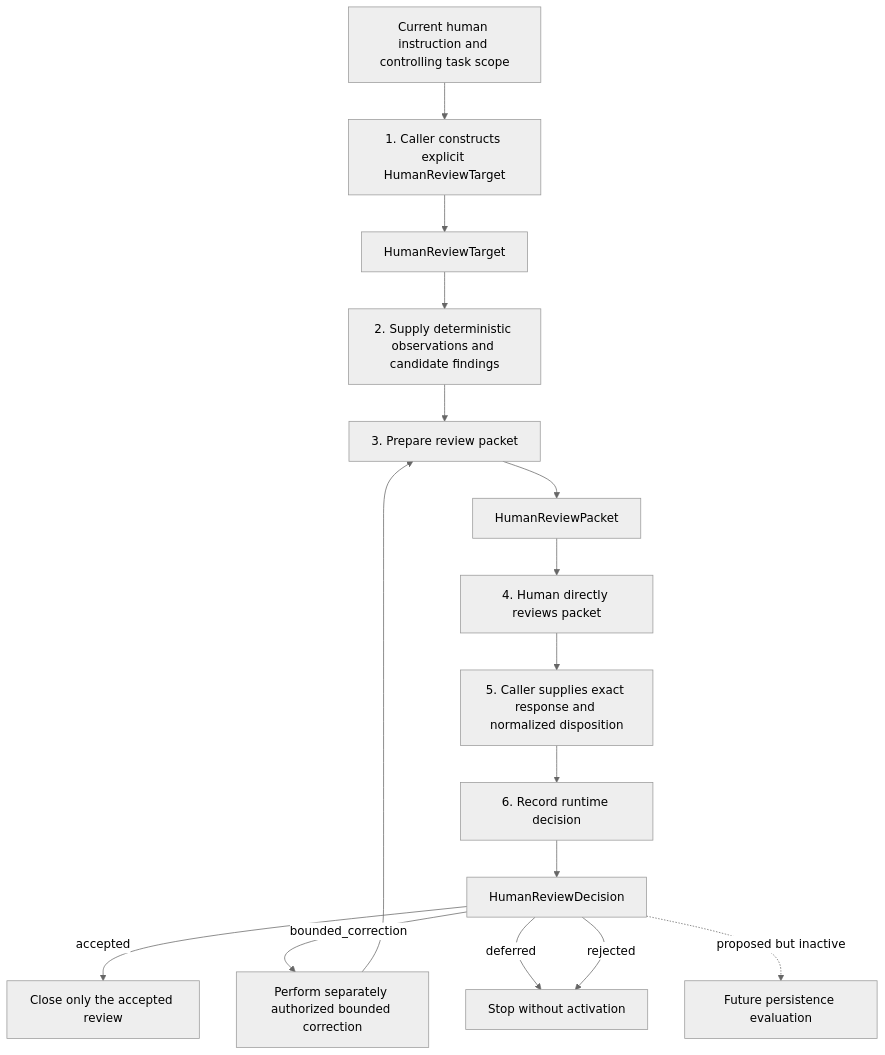
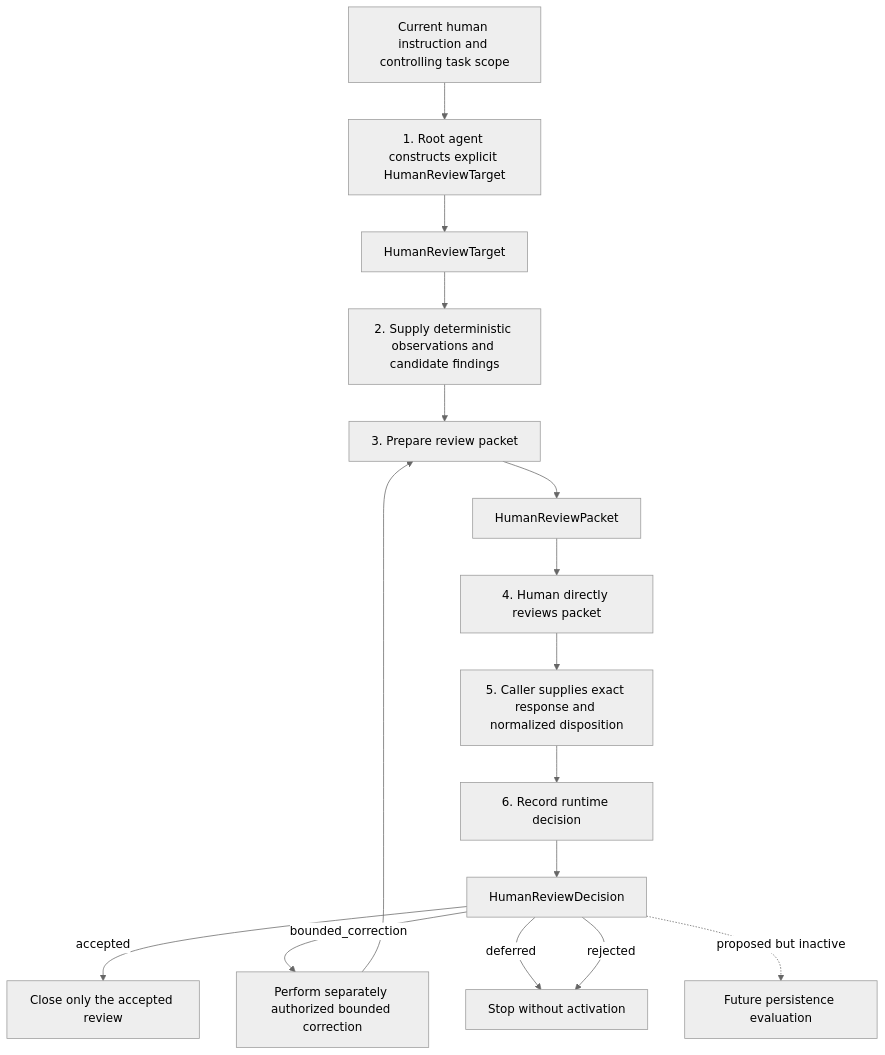
One commit to eragasa/ksdft2effmass changed the diagram in docs/harness/ksdft2effmass.harness.003.000.000.md. Above: the diagram before and after it, drawn with Mermaid (neutral theme). The commit also changed other lines of this file and 2 other files, not shown here.

Commit message:
Name root agent as review target caller

````diff
--- a/docs/harness/ksdft2effmass.harness.003.000.000.md
+++ b/docs/harness/ksdft2effmass.harness.003.000.000.md
@@ -35,20 +35,20 @@
 ```mermaid
 flowchart TD
-    Authority["Current human instruction and controlling task scope"] --> Construct["1. Caller constructs explicit HumanReviewTarget"]
+    Authority["Current human instruction and controlling task scope"] --> Construct["1. Root agent constructs explicit HumanReviewTarget"]
     Construct --> Target["HumanReviewTarget"]
     Target --> Observe["2. Supply deterministic observations and candidate findings"]
     Observe --> Prepare["3. Prepare review packet"]
     Prepare --> Packet["HumanReviewPacket"]
     Packet --> Review["4. Human directly reviews packet"]
     Review --> Normalize["5. Caller supplies exact response and normalized disposition"]
     Normalize --> Record["6. Record runtime decision"]
     Record --> Decision["HumanReviewDecision"]
 
     Decision -->|accepted| Close["Close only the accepted review"]
     Decision -->|bounded_correction| Correct["Perform separately authorized bounded correction"]
     Correct --> Prepare
     Decision -->|deferred| Stop["Stop without activation"]
     Decision -->|rejected| Stop
 
     Decision -. proposed but inactive .-> Persist["Future persistence evaluation"]
 ```
````
